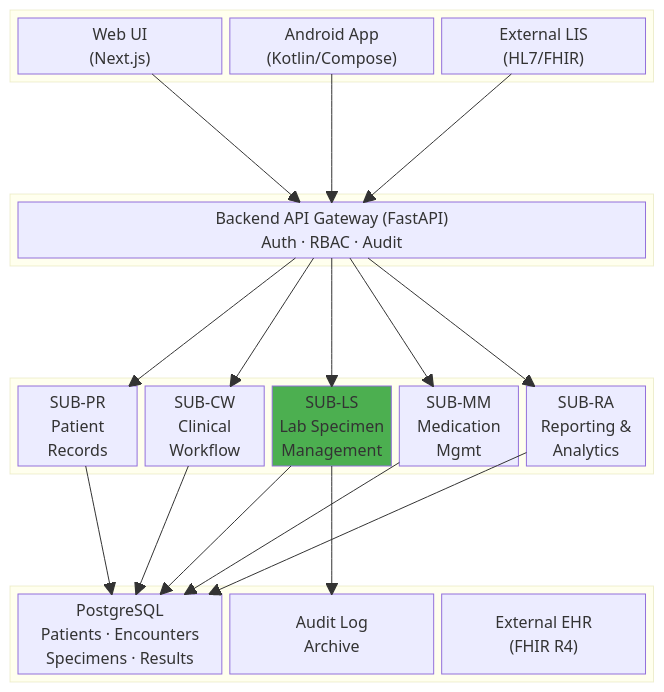
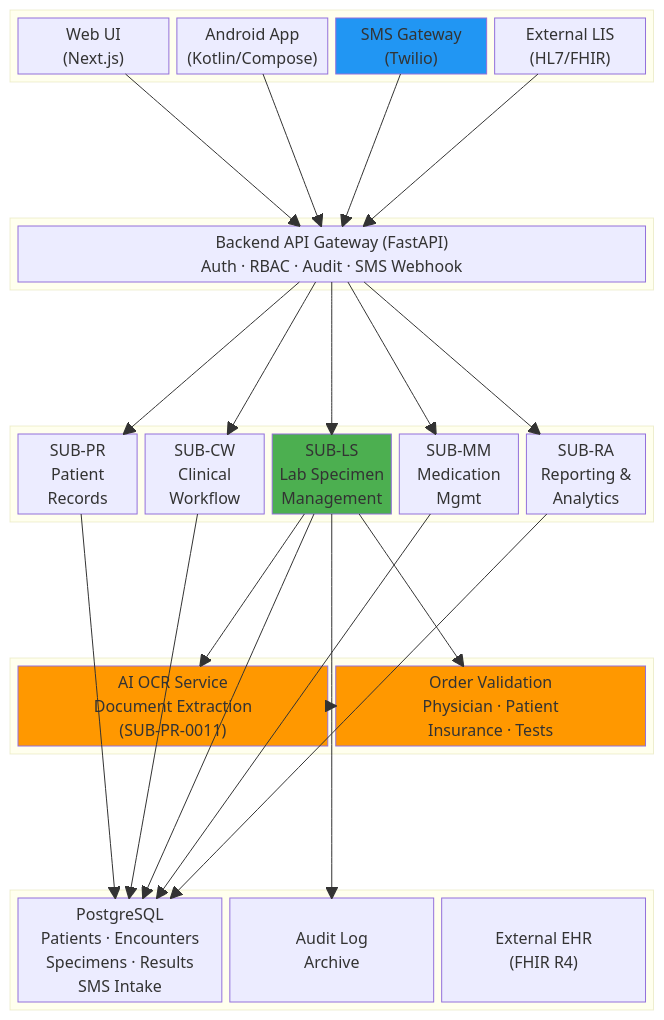
Before and after one commit to utexas-demo/demo: the first of 8 diagrams in docs/features/lab-specimen-management.md, drawn with Mermaid. The commit also changed other lines of this file, not shown here.

First line of the commit message:
Add SMS photo lab order intake workflow with AI OCR validation

````diff
--- a/docs/features/lab-specimen-management.md
+++ b/docs/features/lab-specimen-management.md
@@ -20,55 +20,71 @@
 ```mermaid
 block-beta
     columns 5
 
     block:clients:5
-        columns 3
+        columns 4
         WebUI["Web UI\n(Next.js)"]
         AndroidApp["Android App\n(Kotlin/Compose)"]
+        SMSGateway["SMS Gateway\n(Twilio)"]
         ExtLIS["External LIS\n(HL7/FHIR)"]
     end
 
     space:5
 
     block:api:5
         columns 1
-        APIGateway["Backend API Gateway (FastAPI)\nAuth · RBAC · Audit"]
+        APIGateway["Backend API Gateway (FastAPI)\nAuth · RBAC · Audit · SMS Webhook"]
     end
 
     space:5
 
     block:subsystems:5
         columns 5
         SUBPR["SUB-PR\nPatient\nRecords"]
         SUBCW["SUB-CW\nClinical\nWorkflow"]
         SUBLS["SUB-LS\nLab Specimen\nManagement"]
         SUBMM["SUB-MM\nMedication\nMgmt"]
         SUBRA["SUB-RA\nReporting &\nAnalytics"]
     end
 
     space:5
 
+    block:ai:5
+        columns 2
+        OCR["AI OCR Service\nDocument Extraction\n(SUB-PR-0011)"]
+        Validation["Order Validation\nPhysician · Patient\nInsurance · Tests"]
+    end
+
+    space:5
+
     block:data:5
         columns 3
-        DB["PostgreSQL\nPatients · Encounters\nSpecimens · Results"]
+        DB["PostgreSQL\nPatients · Encounters\nSpecimens · Results\nSMS Intake"]
         AuditLog["Audit Log\nArchive"]
         FHIR["External EHR\n(FHIR R4)"]
     end
 
     WebUI --> APIGateway
     AndroidApp --> APIGateway
+    SMSGateway --> APIGateway
     ExtLIS --> APIGateway
     APIGateway --> SUBPR
     APIGateway --> SUBCW
     APIGateway --> SUBLS
     APIGateway --> SUBMM
     APIGateway --> SUBRA
+    SUBLS --> OCR
+    SUBLS --> Validation
+    OCR --> Validation
     SUBLS --> DB
     SUBLS --> AuditLog
     SUBPR --> DB
     SUBCW --> DB
     SUBMM --> DB
     SUBRA --> DB
 
     style SUBLS fill:#4CAF50,color:#fff
+    style SMSGateway fill:#2196F3,color:#fff
+    style OCR fill:#FF9800,color:#fff
+    style Validation fill:#FF9800,color:#fff
 ```
````
